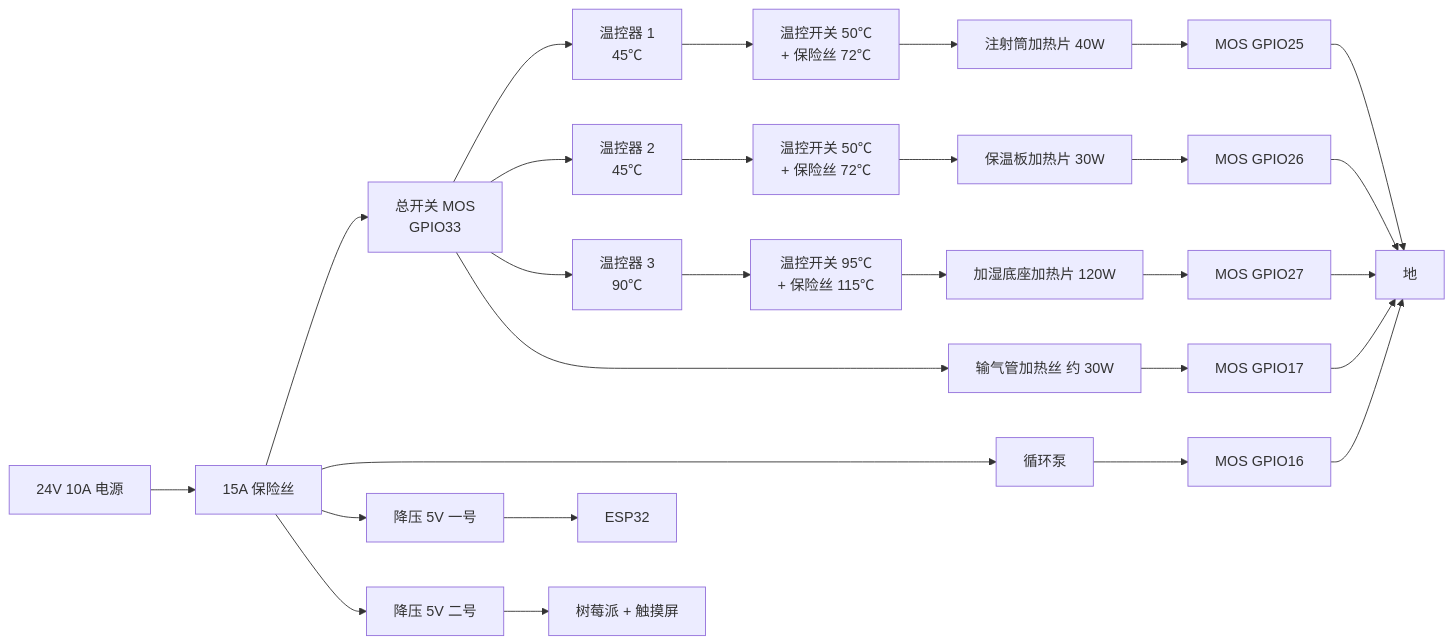
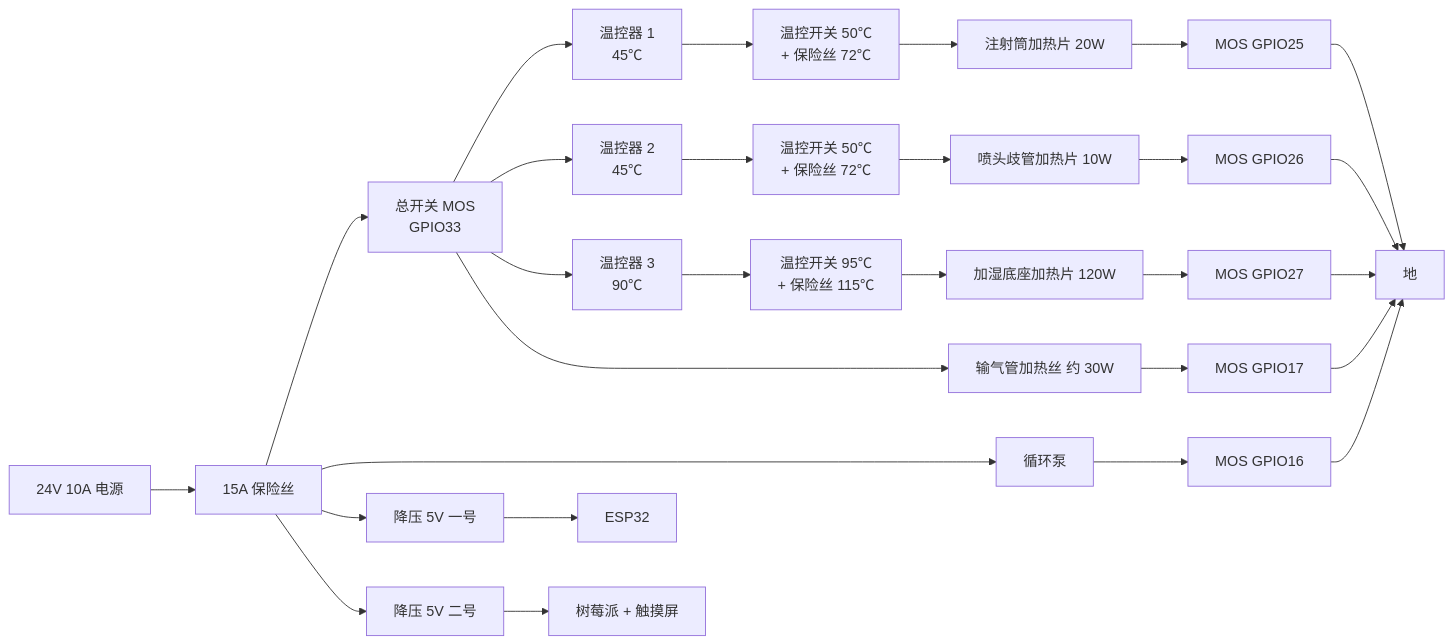
Before and after one commit to zyyyyy07/hpipac-heater: the diagram in 4-electronics/README.md, drawn with Mermaid. The commit also changed other lines of this file and 55 other files, not shown here.

````diff
--- a/4-electronics/README.md
+++ b/4-electronics/README.md
@@ -9,12 +9,12 @@
 ```mermaid
 flowchart LR
   A[24V 10A 电源] --> F[15A 保险丝]
   F --> EN[总开关 MOS<br/>GPIO33]
-  EN --> W1[温控器 1<br/>45℃] --> K1[温控开关 50℃<br/>+ 保险丝 72℃] --> H1[注射筒加热片 40W] --> M1[MOS GPIO25] --> G[地]
-  EN --> W2[温控器 2<br/>45℃] --> K2[温控开关 50℃<br/>+ 保险丝 72℃] --> H2[保温板加热片 30W] --> M2[MOS GPIO26] --> G
+  EN --> W1[温控器 1<br/>45℃] --> K1[温控开关 50℃<br/>+ 保险丝 72℃] --> H1[注射筒加热片 20W] --> M1[MOS GPIO25] --> G[地]
+  EN --> W2[温控器 2<br/>45℃] --> K2[温控开关 50℃<br/>+ 保险丝 72℃] --> H2[喷头歧管加热片 10W] --> M2[MOS GPIO26] --> G
   EN --> W3[温控器 3<br/>90℃] --> K3[温控开关 95℃<br/>+ 保险丝 115℃] --> H3[加湿底座加热片 120W] --> M3[MOS GPIO27] --> G
   EN --> H4[输气管加热丝 约 30W] --> M4[MOS GPIO17] --> G
   F --> P[循环泵] --> M5[MOS GPIO16] --> G
   F --> B1[降压 5V 一号] --> E[ESP32]
   F --> B2[降压 5V 二号] --> PI[树莓派 + 触摸屏]
 ```
````
